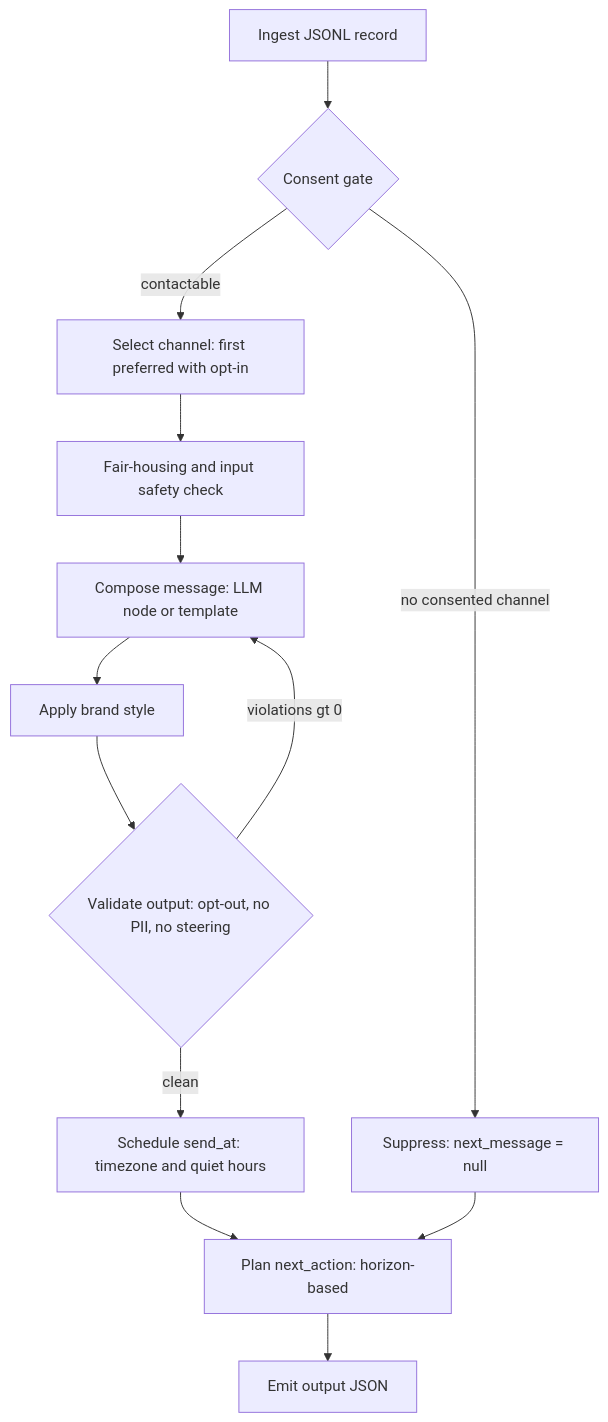
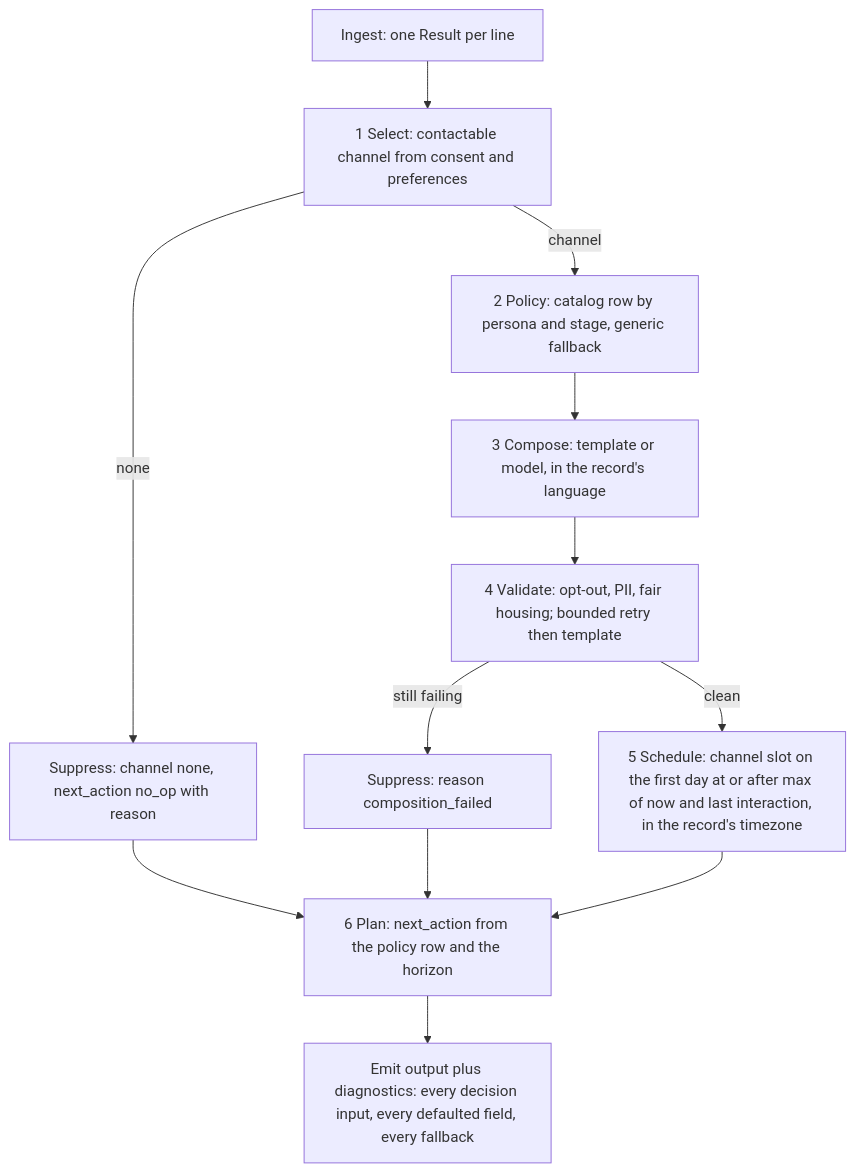
The diagram in docs/DESIGN.md (AndrewVanDelden/RealPagesInterview), drawn with Mermaid before and after one commit. The commit also changed other lines of this file and 7 other files, not shown here.

````diff
--- a/docs/DESIGN.md
+++ b/docs/DESIGN.md
@@ -97,15 +148,14 @@
 ```mermaid
 flowchart TD
-    A[Ingest JSONL record] --> B{Consent gate}
-    B -- no consented channel --> S[Suppress: next_message = null]
-    B -- contactable --> C[Select channel: first preferred with opt-in]
-    C --> D[Fair-housing and input safety check]
-    D --> E[Compose message: LLM node or template]
-    E --> F[Apply brand style]
-    F --> G{Validate output: opt-out, no PII, no steering}
-    G -- violations gt 0 --> E
-    G -- clean --> H[Schedule send_at: timezone and quiet hours]
-    H --> I[Plan next_action: horizon-based]
-    S --> I
-    I --> J[Emit output JSON]
+    A[Ingest: one Result per line] --> B[1 Select: contactable channel from consent and preferences]
+    B -- none --> S[Suppress: channel none, next_action no_op with reason]
+    B -- channel --> C[2 Policy: catalog row by persona and stage, generic fallback]
+    C --> D[3 Compose: template or model, in the record's language]
+    D --> E[4 Validate: opt-out, PII, fair housing; bounded retry then template]
+    E -- still failing --> S2[Suppress: reason composition_failed]
+    E -- clean --> F[5 Schedule: channel slot on the first day at or after max of now and last interaction, in the record's timezone]
+    F --> G[6 Plan: next_action from the policy row and the horizon]
+    S --> G
+    S2 --> G
+    G --> H[Emit output plus diagnostics: every decision input, every defaulted field, every fallback]
 ```
````
